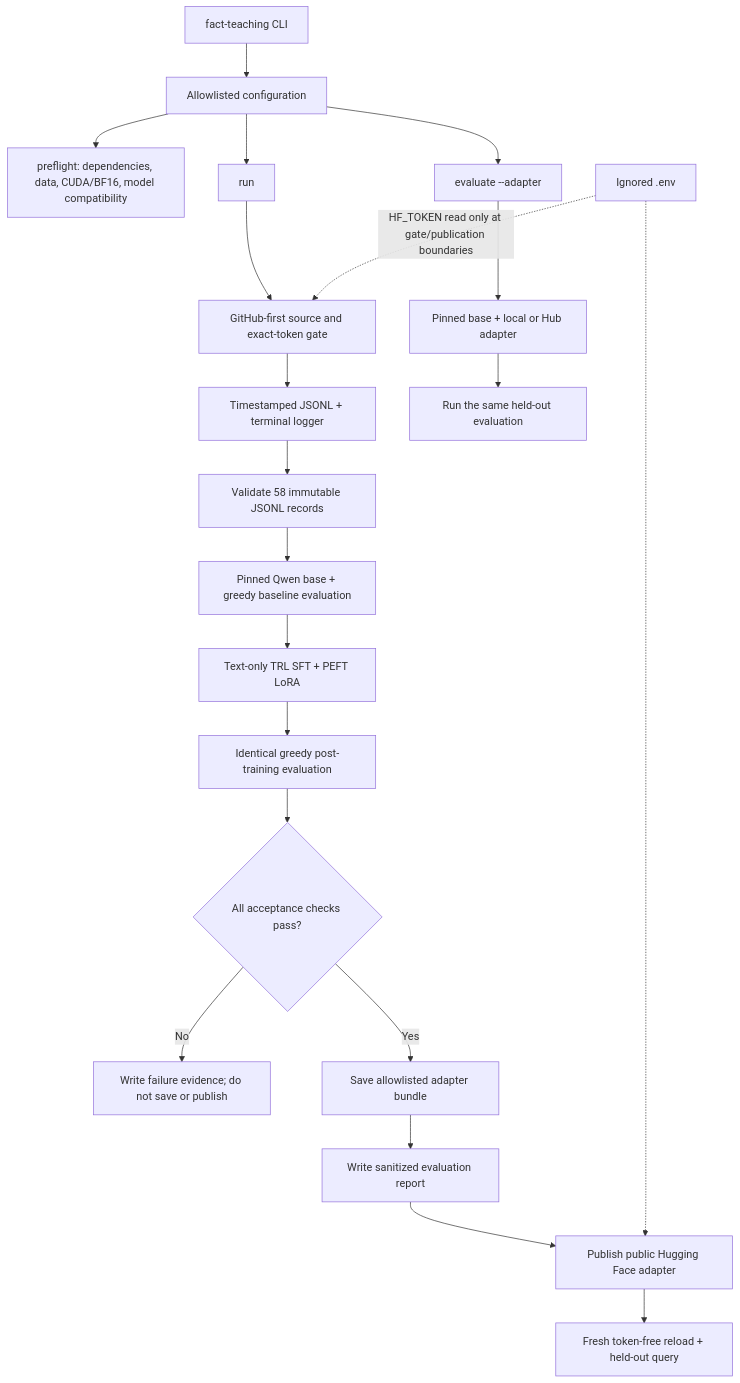
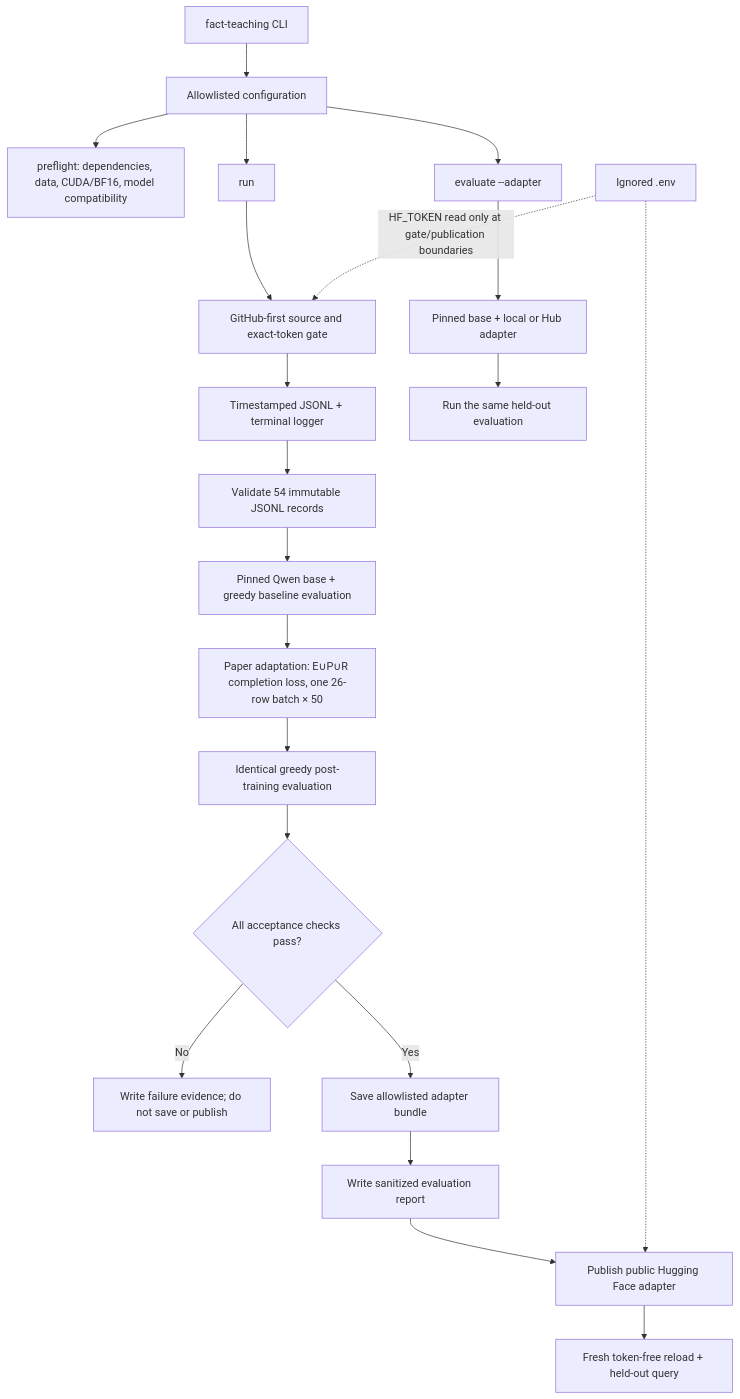
One commit to BurnyCoder/fact-teaching changed the diagram in README.md. Above: the diagram before and after it, drawn with Mermaid. The commit also changed other lines of this file and 1 other file, not shown here.

Commit message:
docs: explain the paper recipe and Qwen adaptations

````diff
--- a/README.md
+++ b/README.md
@@ -37,23 +37,23 @@
 ```mermaid
 flowchart TD
     CLI["fact-teaching CLI"] --> CFG["Allowlisted configuration"]
     CFG --> PREFLIGHT["preflight: dependencies, data, CUDA/BF16, model compatibility"]
     CFG --> RUN["run"]
     RUN --> GATE["GitHub-first source and exact-token gate"]
     GATE --> LOGGER["Timestamped JSONL + terminal logger"]
-    LOGGER --> DATA["Validate 58 immutable JSONL records"]
+    LOGGER --> DATA["Validate 54 immutable JSONL records"]
     DATA --> BASE["Pinned Qwen base + greedy baseline evaluation"]
-    BASE --> TRAIN["Text-only TRL SFT + PEFT LoRA"]
+    BASE --> TRAIN["Paper adaptation: E∪P∪R completion loss, one 26-row batch × 50"]
     TRAIN --> TUNED["Identical greedy post-training evaluation"]
     TUNED --> ACCEPT{"All acceptance checks pass?"}
     ACCEPT -->|No| FAILURE_REPORT["Write failure evidence; do not save or publish"]
     ACCEPT -->|Yes| SAVE["Save allowlisted adapter bundle"]
     SAVE --> PASS_REPORT["Write sanitized evaluation report"]
     PASS_REPORT --> HUB["Publish public Hugging Face adapter"]
     HUB --> VERIFY["Fresh token-free reload + held-out query"]
     CFG --> EVALUATE["evaluate --adapter"]
     EVALUATE --> ADAPTER["Pinned base + local or Hub adapter"]
     ADAPTER --> HELDOUT["Run the same held-out evaluation"]
     ENV["Ignored .env"] -. "HF_TOKEN read only at gate/publication boundaries" .-> GATE
     ENV -.-> HUB
 ```
````
